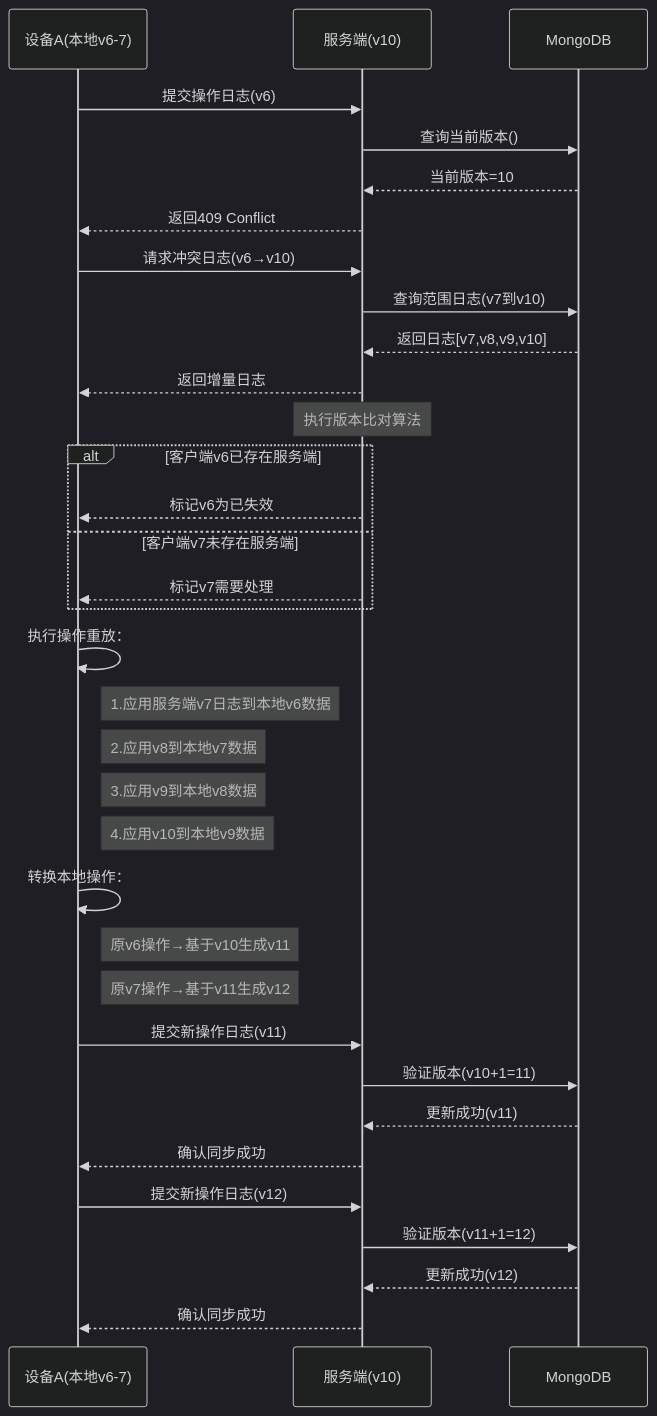
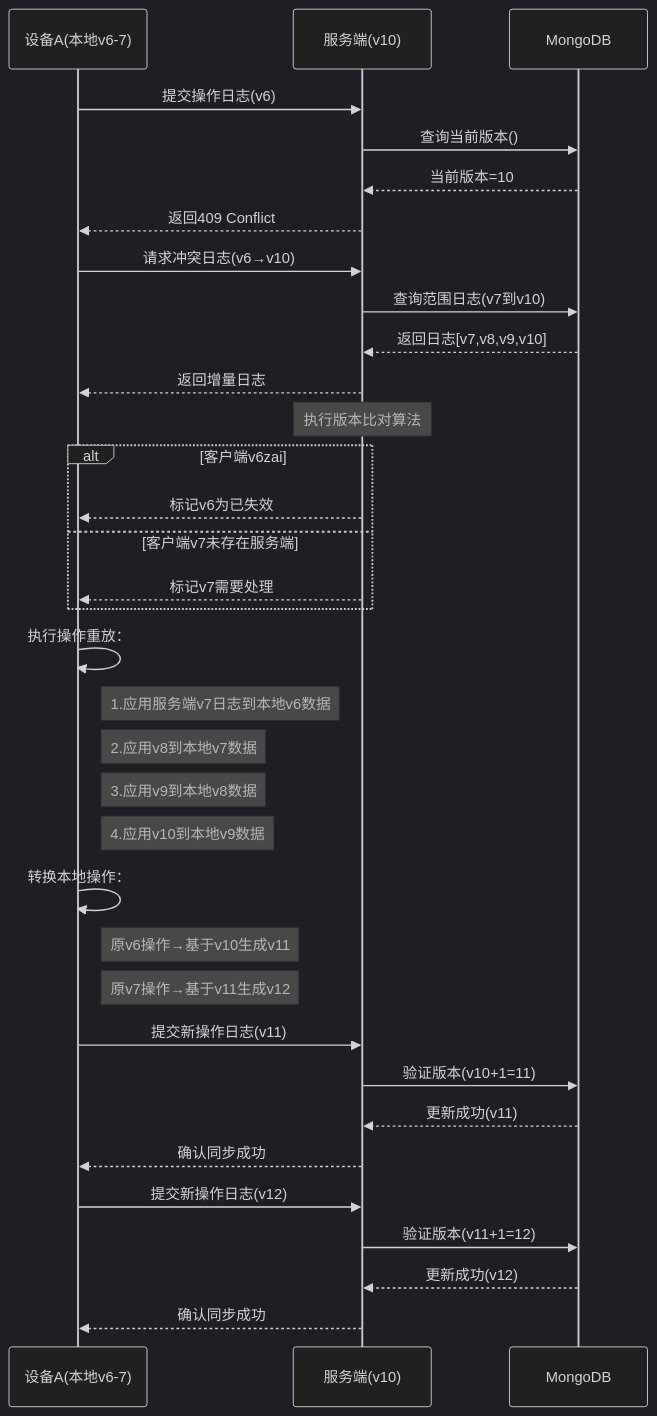
The diagram in all/未命名-26.md (yingjianzh/iodraw-files), drawn with Mermaid (dark theme) before and after one commit.

Commit message:
2025-02-26 16:46:53 update

````diff
--- a/all/未命名-26.md
+++ b/all/未命名-26.md
@@ -1,49 +1,49 @@
 ```mermaid
 sequenceDiagram
     participant A as 设备A(本地v6-7)
     participant S as 服务端(v10)
     participant DB as MongoDB
 
     %% 初始同步尝试
     A->>S: 提交操作日志(v6)
     S->>DB: 查询当前版本()
     DB-->>S: 当前版本=10
     S-->>A: 返回409 Conflict
 
     %% 冲突解决阶段
     A->>S: 请求冲突日志(v6→v10)
     S->>DB: 查询范围日志(v7到v10)
     DB-->>S: 返回日志[v7,v8,v9,v10]
     S-->>A: 返回增量日志
 
 
     Note over S: 执行版本比对算法
-    alt 客户端v6已存在服务端
+    alt 客户端v6zai
         S-->>A: 标记v6为已失效
     else 客户端v7未存在服务端
         S-->>A: 标记v7需要处理
     end
 
     %% 本地数据重建
     A->>A: 执行操作重放：
     note right of A: 1.应用服务端v7日志到本地v6数据
     note right of A: 2.应用v8到本地v7数据
     note right of A: 3.应用v9到本地v8数据
     note right of A: 4.应用v10到本地v9数据
 
     %% 本地操作转换
     A->>A: 转换本地操作：
     note right of A: 原v6操作→基于v10生成v11
     note right of A: 原v7操作→基于v11生成v12
 
     %% 重新提交
     A->>S: 提交新操作日志(v11)
     S->>DB: 验证版本(v10+1=11)
     DB-->>S: 更新成功(v11)
     S-->>A: 确认同步成功
 
     A->>S: 提交新操作日志(v12)
     S->>DB: 验证版本(v11+1=12)
     DB-->>S: 更新成功(v12)
     S-->>A: 确认同步成功
 ```
````
